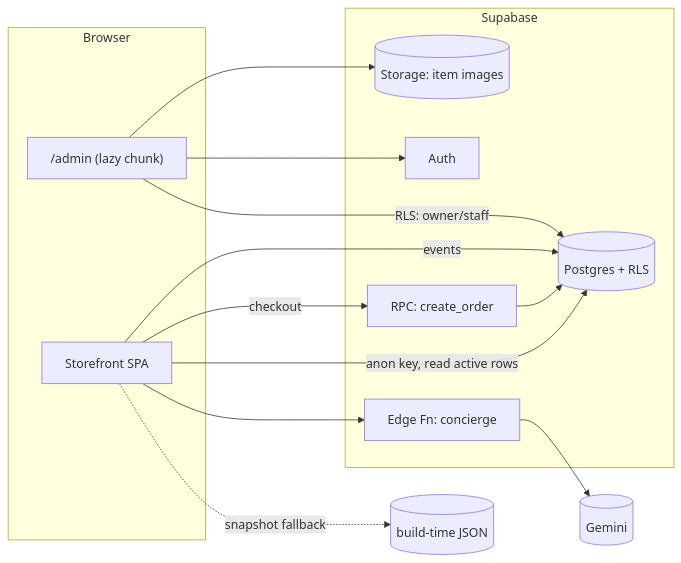
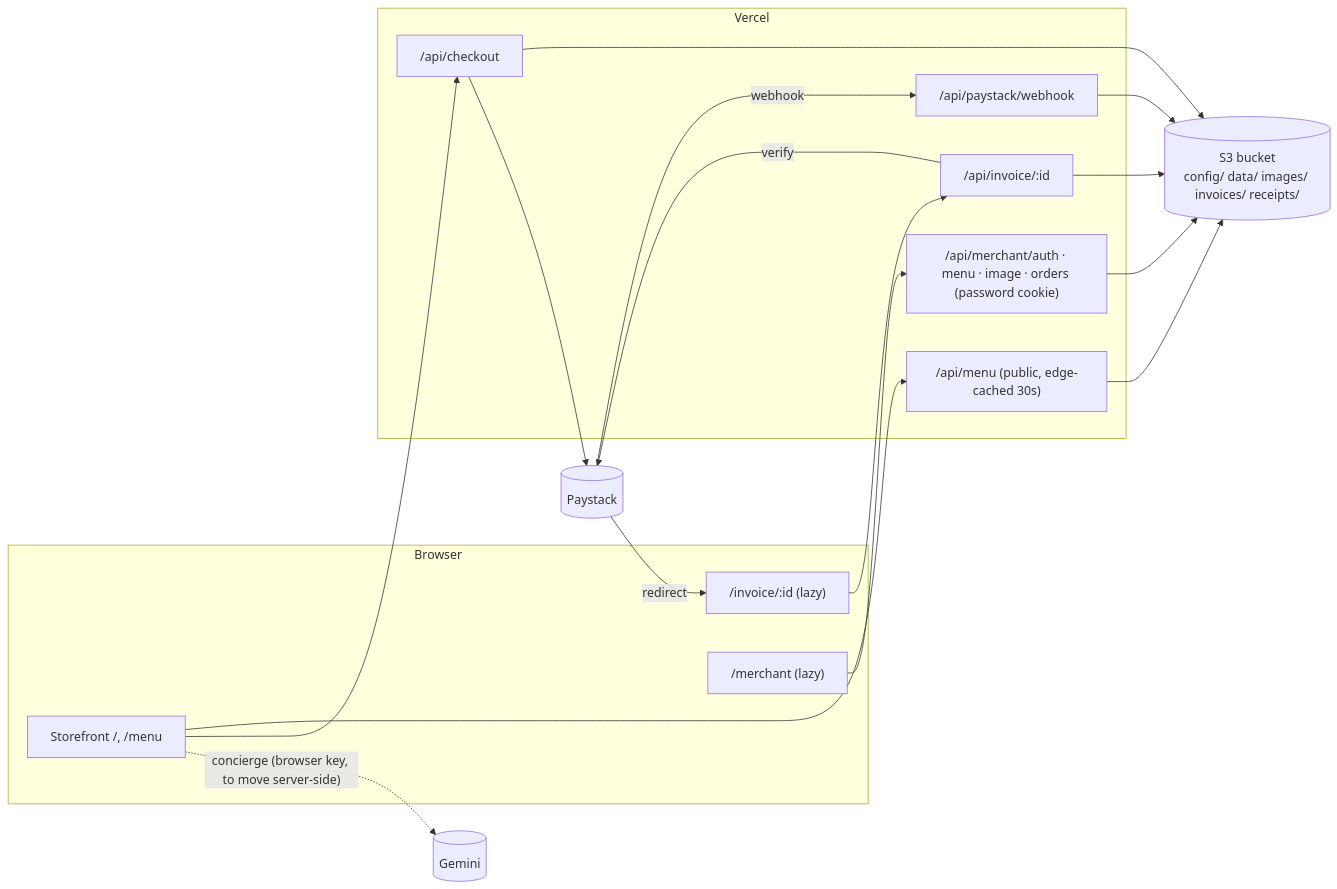
Before and after one commit to Pyrex611/jays-bistro: the diagram in docs/ARCHITECTURE.md, drawn with Mermaid. The commit also changed other lines of this file and 117 other files, not shown here.

````diff
--- a/docs/ARCHITECTURE.md
+++ b/docs/ARCHITECTURE.md
@@ -43,22 +3,27 @@
 ```mermaid
 flowchart LR
   subgraph Browser
-    SF[Storefront SPA]
-    AD["/admin (lazy chunk)"]
+    SF["Storefront /, /menu"]
+    INV["/invoice/:id (lazy)"]
+    MP["/merchant (lazy)"]
   end
-  subgraph Supabase
-    PG[(Postgres + RLS)]
-    ST[(Storage: item images)]
-    AU[Auth]
-    EF1[Edge Fn: concierge]
-    EF2[RPC: create_order]
+  subgraph Vercel
+    A1["/api/menu (public, edge-cached 30s)"]
+    A2["/api/checkout"]
+    A3["/api/invoice/:id"]
+    A4["/api/paystack/webhook"]
+    M["/api/merchant/auth · menu · image · orders (password cookie)"]
   end
-  SF -->|anon key, read active rows| PG
-  SF --> EF1 --> Gemini[(Gemini)]
-  SF -->|checkout| EF2 --> PG
-  SF -->|events| PG
-  AD --> AU
-  AD -->|RLS: owner/staff| PG
-  AD --> ST
-  SF -. snapshot fallback .-> Static[(build-time JSON)]
+  S3[("S3 bucket\nconfig/ data/ images/ invoices/ receipts/")]
+  PS[(Paystack)]
+  AI[(Gemini)]
+  SF --> A1 --> S3
+  SF --> A2 --> S3
+  A2 --> PS
+  INV --> A3 --> S3
+  A3 -->|verify| PS
+  PS -->|redirect| INV
+  PS -->|webhook| A4 --> S3
+  MP --> M --> S3
+  SF -. concierge (browser key, to move server-side) .-> AI
 ```
````
